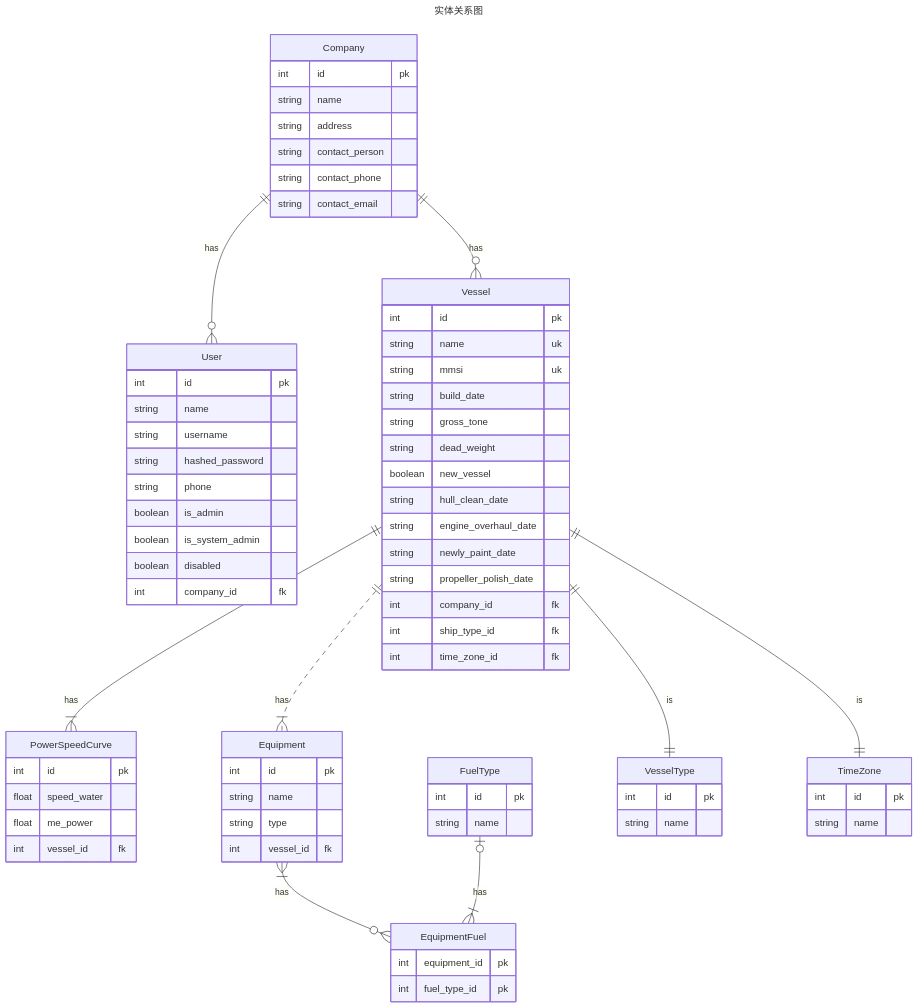
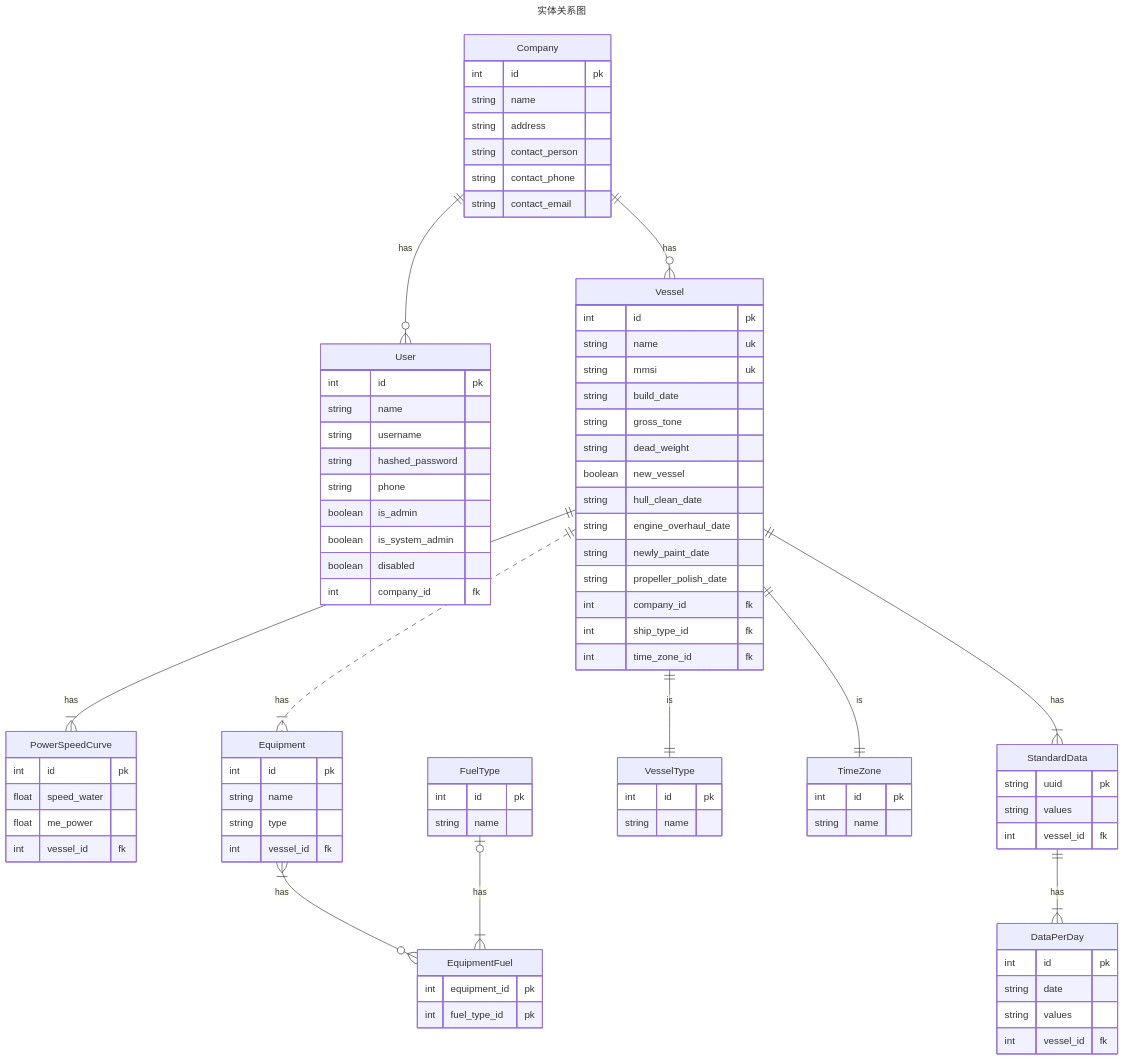
Before and after one commit to MingLi19/data: the first of 2 diagrams in fastapis/app/entity/README.md, drawn with Mermaid. The commit also changed 4 other files, not shown here.

````diff
--- a/fastapis/app/entity/README.md
+++ b/fastapis/app/entity/README.md
@@ -20,6 +20,8 @@
     Meta-FuelType o|--|{ Master-EquipmentFuel : has
     Master-Vessel ||--|| Meta-VesselType : is
     Master-Vessel ||--|| Meta-TimeZone : is
+    Master-Vessel ||--|{ Biz-StandardData : has
+    Biz-StandardData ||--|{ Biz-DataPerDay : has
     Master-Company[Company] {
         int id pk
         string name 
@@ -83,4 +85,15 @@
         float me_power
         int vessel_id fk
     }
+    Biz-StandardData[StandardData] {
+        string uuid pk
+        string values
+        int vessel_id fk
+    }
+    Biz-DataPerDay[DataPerDay] {
+        int id pk
+        string date
+        string values
+        int vessel_id fk
+    }
 ```
````
